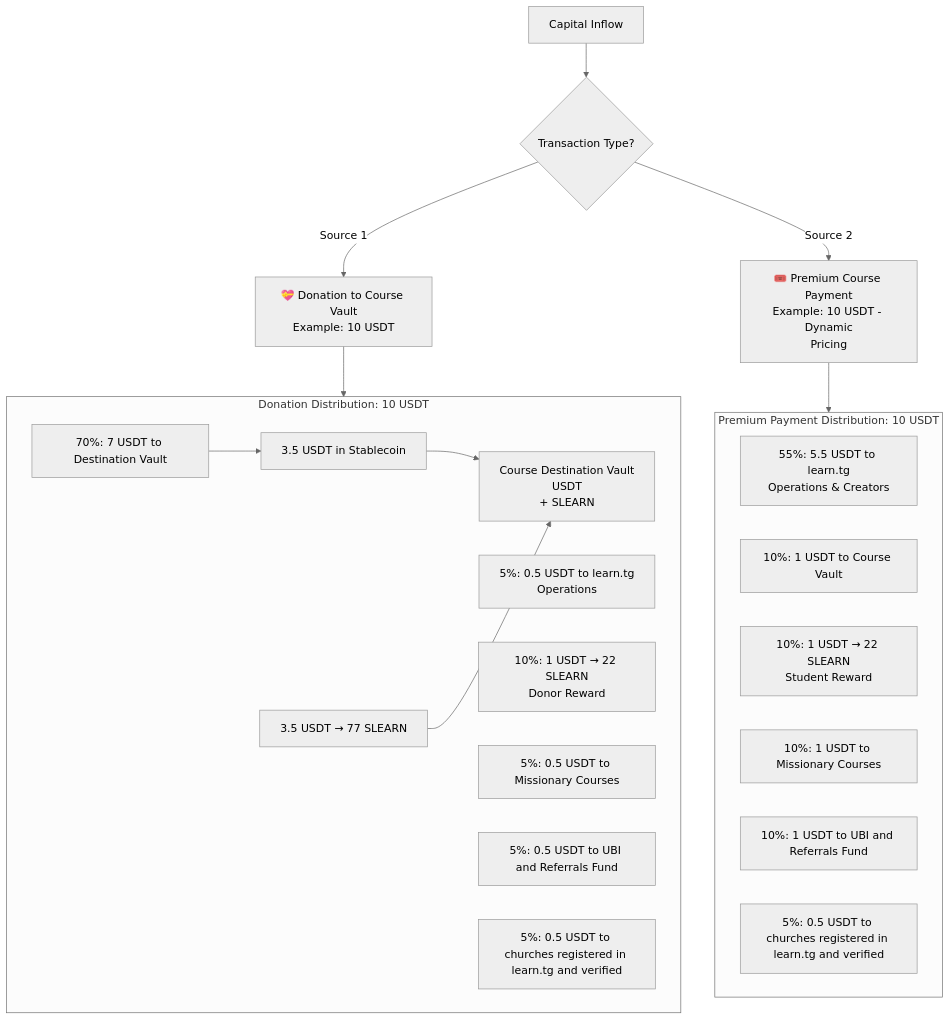
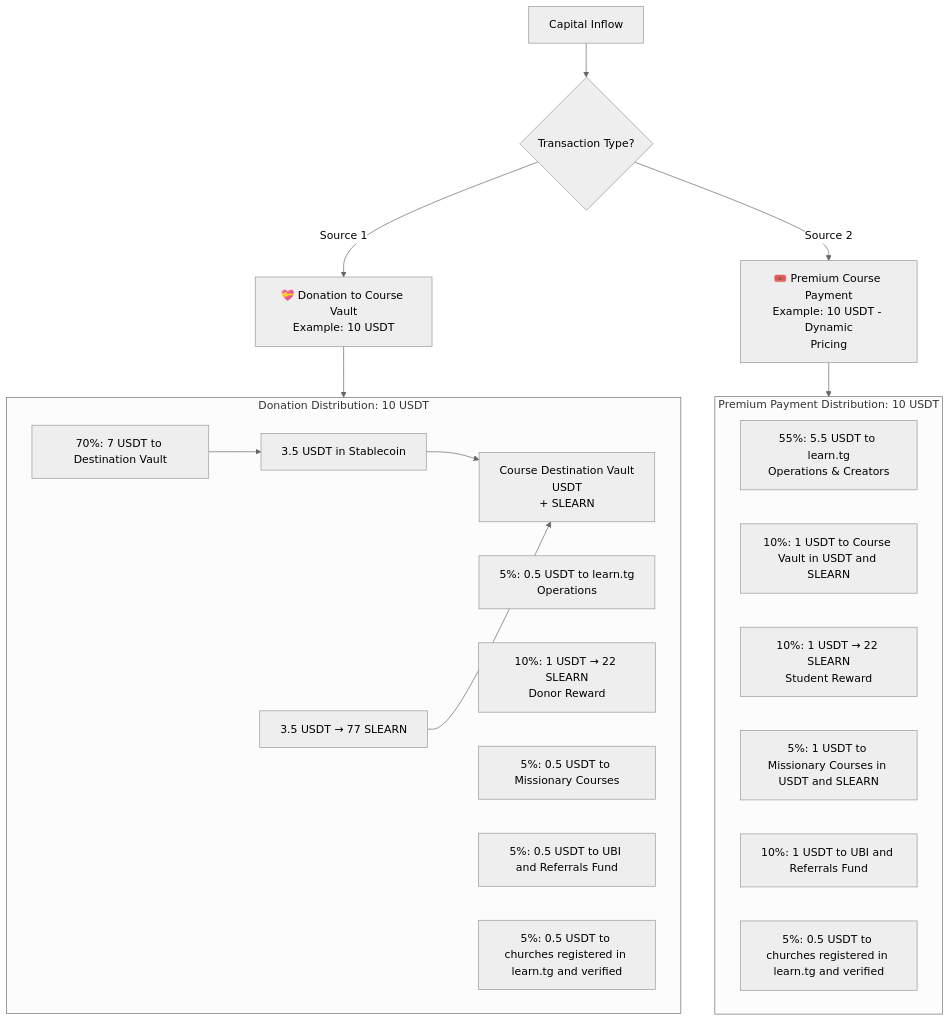
Before and after one commit to pasosdeJesus/learn.tg: the first of 3 diagrams in SLEARN-WHITEPAPER.md, drawn with Mermaid (neutral theme). The commit also changed other lines of this file, not shown here.

````diff
--- a/SLEARN-WHITEPAPER.md
+++ b/SLEARN-WHITEPAPER.md
@@ -69,35 +69,35 @@
 ```mermaid
 flowchart TB
     A[Capital Inflow] --> B{Transaction Type?}
     
     B -->|Source 1| C[💝 Donation to Course Vault<br>Example: 10 USDT]
     B -->|Source 2| D[🎟️ Premium Course Payment<br>Example: 10 USDT - Dynamic
 Pricing]
     
     C --> C1[Donation Distribution]
     D --> D1[Payment Distribution]
     
     subgraph C1 [Donation Distribution: 10 USDT]
         direction LR
         C1_1[70%: 7 USDT to Destination Vault] --> C1_1a
         C1_2[5%: 0.5 USDT to learn.tg<br>Operations]
         C1_3[10%: 1 USDT → 22 SLEARN<br>Donor Reward]
         C1_4[5%: 0.5 USDT to Missionary Courses]
         C1_5[5%: 0.5 USDT to UBI and Referrals Fund]
         C1_6[5%: 0.5 USDT to churches registered in learn.tg and verified]
         
         C1_1a[3.5 USDT in Stablecoin] --> C1_1b[Course Destination Vault<br>USDT
 + SLEARN]
         C1_1a2[3.5 USDT → 77 SLEARN] --> C1_1b
     end
     
     subgraph D1 [Premium Payment Distribution: 10 USDT]
         direction LR
         D1_1[55%: 5.5 USDT to learn.tg<br>Operations & Creators]
-        D1_2[10%: 1 USDT to Course Vault]
+        D1_2[10%: 1 USDT to Course Vault in USDT and SLEARN]
         D1_3[10%: 1 USDT → 22 SLEARN<br>Student Reward]
-        D1_4[10%: 1 USDT to Missionary Courses]
+        D1_4[5%: 1 USDT to Missionary Courses in USDT and SLEARN]
         D1_5[10%: 1 USDT to UBI and Referrals Fund]
         D1_6[5%: 0.5 USDT to churches registered in learn.tg and verified]
     end
 ```
````
